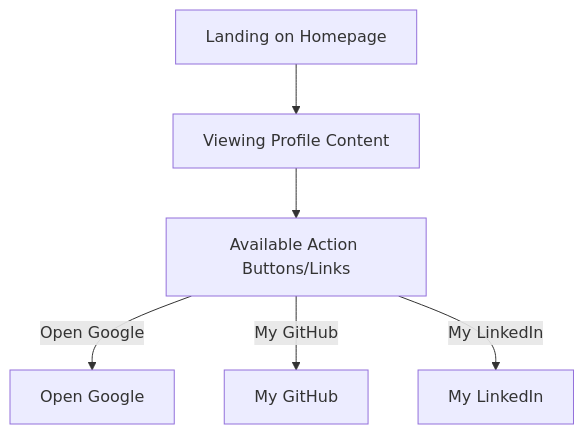
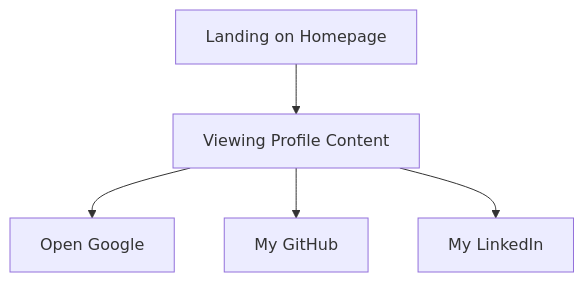
The diagram in docs/developer-guide.md (naseraljed-star/my_site), drawn with Mermaid before and after one commit. The commit also changed other lines of this file and 2 other files, not shown here.

Commit message:
update developer guide

````diff
--- a/docs/developer-guide.md
+++ b/docs/developer-guide.md
@@ -14,8 +15,7 @@
 ```mermaid
 flowchart TD
     A[Landing on Homepage] --> B[Viewing Profile Content]
-    B --> C[Available Action Buttons/Links]
-    C -->|Open Google| D[Open Google]
-    C -->|My GitHub| E[My GitHub]
-    C -->|My LinkedIn| F[My LinkedIn]
+    B --> C[Open Google]
+    B --> D[My GitHub]
+    B --> E[My LinkedIn]
 ```
````
